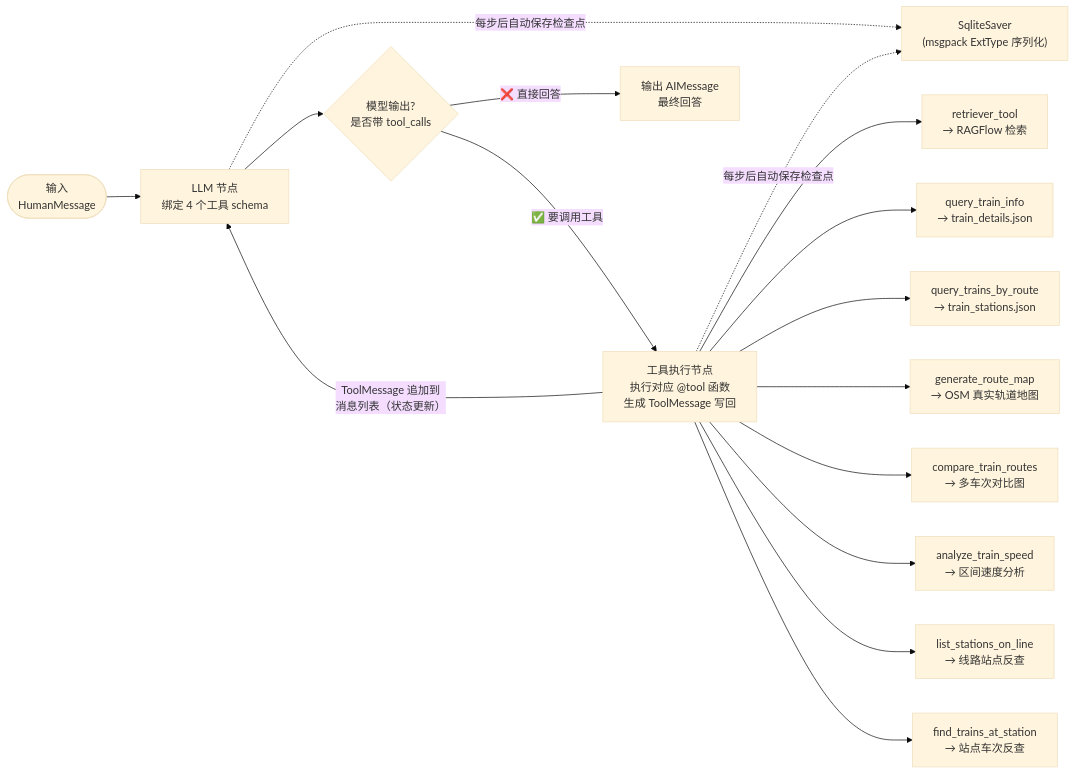
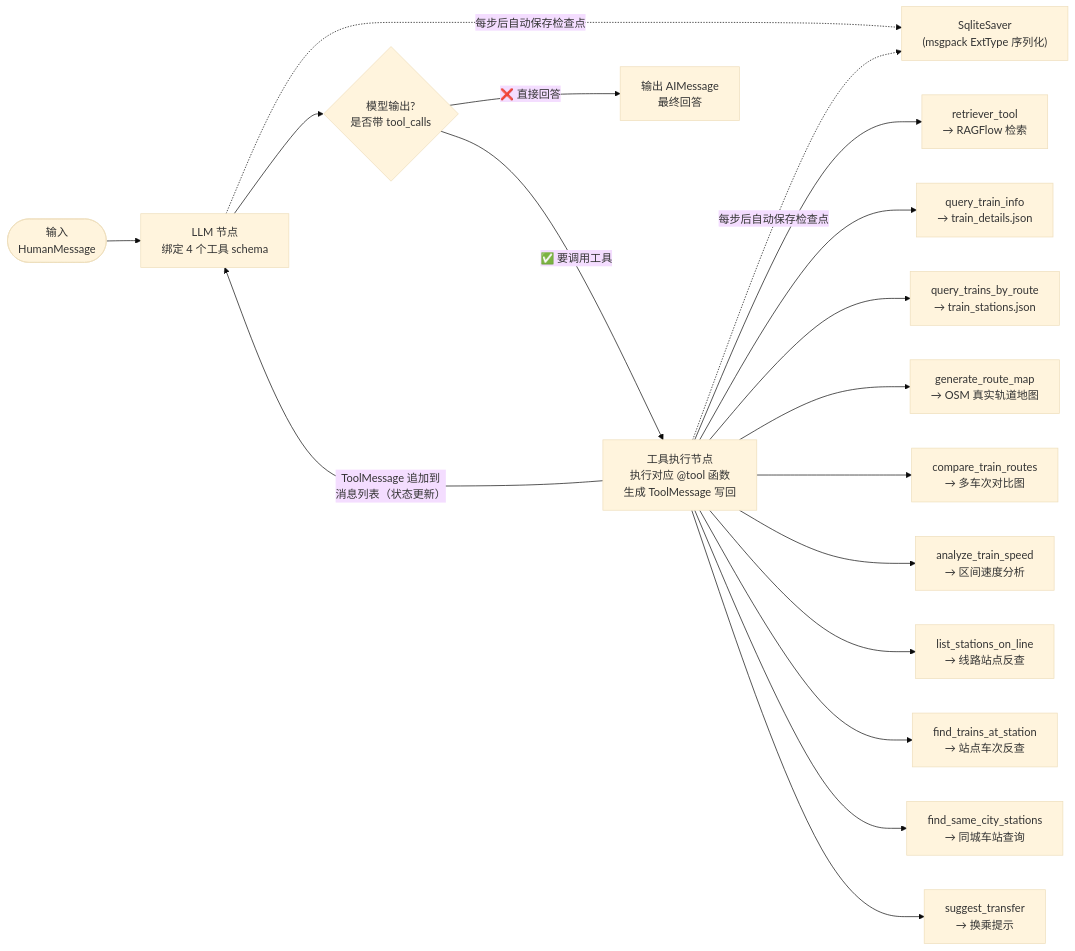
Before and after one commit to 1225-1225/Railway-8620: the second of 5 diagrams in docs/architecture.md, drawn with Mermaid (base theme). The commit also changed other lines of this file and 6 other files, not shown here.

````diff
--- a/docs/architecture.md
+++ b/docs/architecture.md
@@ -85,21 +87,23 @@
 ```mermaid
 flowchart LR
     START(["输入<br/>HumanMessage"]) --> LLM["LLM 节点<br/>绑定 4 个工具 schema"]
 
     LLM --> 判断{"模型输出?<br/>是否带 tool_calls"}
     判断 -->|"✅ 要调用工具"| TOOLS["工具执行节点<br/>执行对应 @tool 函数<br/>生成 ToolMessage 写回"]
     TOOLS -->|"ToolMessage 追加到<br/>消息列表（状态更新）"| LLM
     判断 -->|"❌ 直接回答"| END["输出 AIMessage<br/>最终回答"]
 
     LLM -. "每步后自动保存检查点" .-> CP["SqliteSaver<br/>(msgpack ExtType 序列化)"]
     TOOLS -. "每步后自动保存检查点" .-> CP
 
     TOOLS --> T1["retriever_tool<br/>→ RAGFlow 检索"]
     TOOLS --> T2["query_train_info<br/>→ train_details.json"]
     TOOLS --> T3["query_trains_by_route<br/>→ train_stations.json"]
     TOOLS --> T4["generate_route_map<br/>→ OSM 真实轨道地图"]
     TOOLS --> T5["compare_train_routes<br/>→ 多车次对比图"]
     TOOLS --> T6["analyze_train_speed<br/>→ 区间速度分析"]
     TOOLS --> T7["list_stations_on_line<br/>→ 线路站点反查"]
     TOOLS --> T8["find_trains_at_station<br/>→ 站点车次反查"]
+    TOOLS --> T9["find_same_city_stations<br/>→ 同城车站查询"]
+    TOOLS --> T10["suggest_transfer<br/>→ 换乘提示"]
 ```
````
